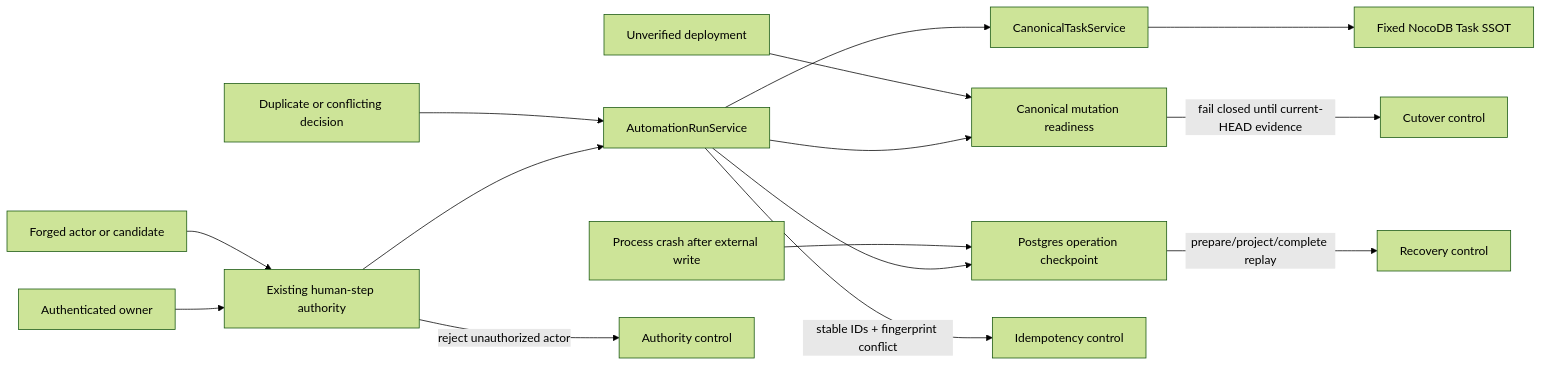
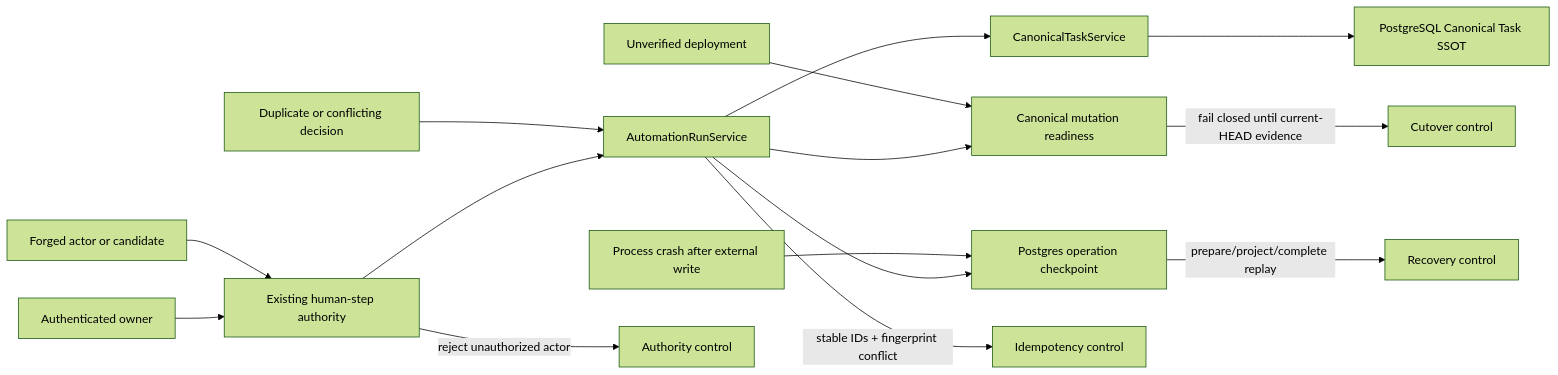
One commit to Unson-LLC/brainbase changed the second of 2 diagrams in docs/specs/story-canonical-task-cutover-followup.md. Above: the diagram before and after it, drawn with Mermaid (forest theme). The commit also changed other lines of this file and 18 other files, not shown here.

Commit message:
refactor(canonical-task): retire Mac readiness evidence

````diff
--- a/docs/specs/story-canonical-task-cutover-followup.md
+++ b/docs/specs/story-canonical-task-cutover-followup.md
@@ -58,17 +58,17 @@
 ```mermaid
 flowchart LR
   Owner["Authenticated owner"] --> Auth["Existing human-step authority"]
   Auth --> Run["AutomationRunService"]
   Run --> Ready["Canonical mutation readiness"]
   Run --> Ledger["Postgres operation checkpoint"]
   Run --> Service["CanonicalTaskService"]
-  Service --> TaskSSOT["Fixed NocoDB Task SSOT"]
+  Service --> TaskSSOT["PostgreSQL Canonical Task SSOT"]
   Spoof["Forged actor or candidate"] --> Auth
   Replay["Duplicate or conflicting decision"] --> Run
   Crash["Process crash after external write"] --> Ledger
   Closed["Unverified deployment"] --> Ready
   Auth -->|"reject unauthorized actor"| ControlA["Authority control"]
   Run -->|"stable IDs + fingerprint conflict"| ControlB["Idempotency control"]
   Ledger -->|"prepare/project/complete replay"| ControlC["Recovery control"]
   Ready -->|"fail closed until current-HEAD evidence"| ControlD["Cutover control"]
 ```
````
